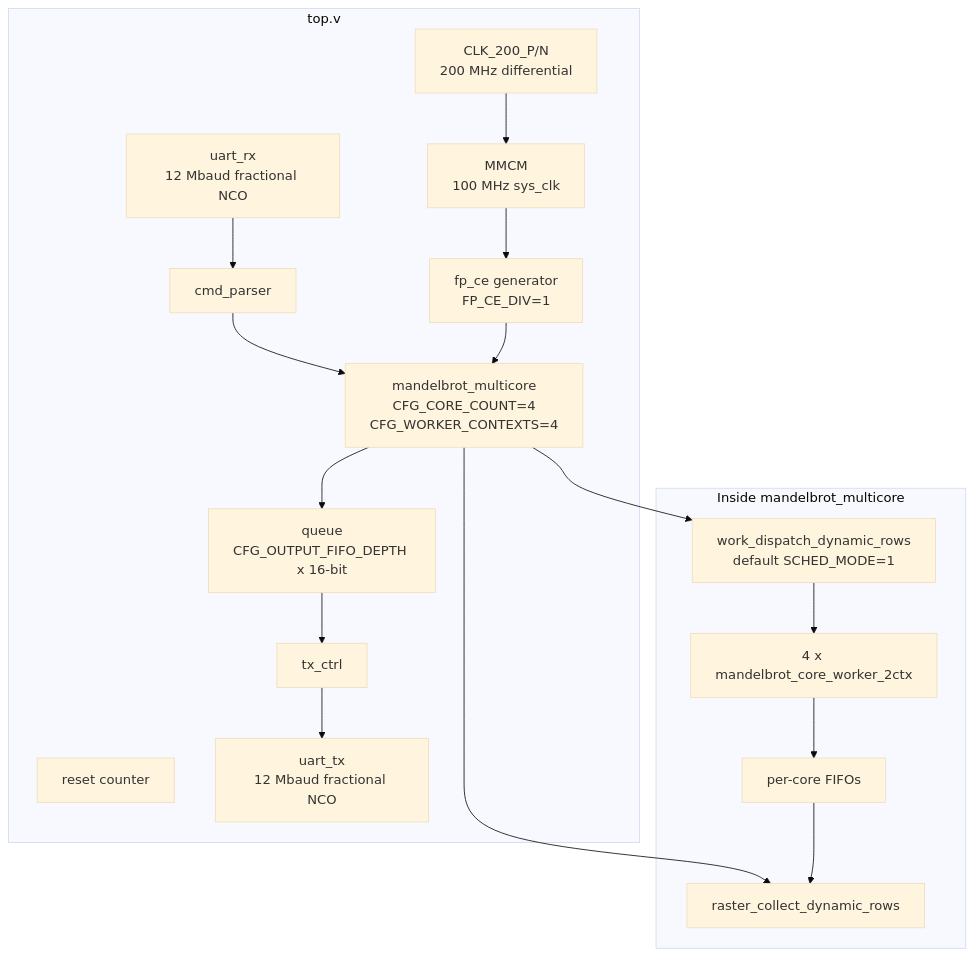
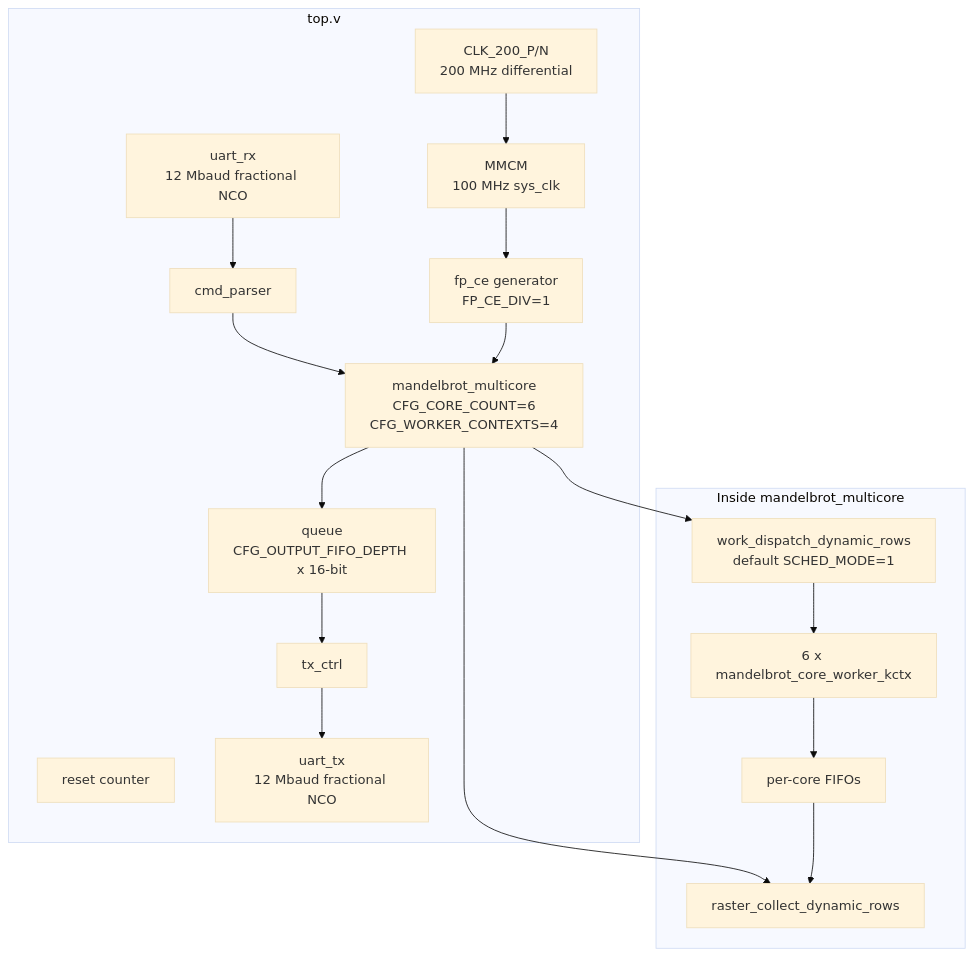
Before and after one commit to RESBI/FPGA-Mandelbrot-Demo: the second of 4 diagrams in README.md, drawn with Mermaid (base theme). The commit also changed other lines of this file and 12 other files, not shown here.

````diff
--- a/README.md
+++ b/README.md
@@ -134,30 +136,30 @@
 ```mermaid
 flowchart TB
     subgraph TOP[top.v]
         CLK[CLK_200_P/N<br/>200 MHz differential] --> MMCM[MMCM<br/>100 MHz sys_clk]
         MMCM --> CE[fp_ce generator<br/>FP_CE_DIV=1]
         RST[reset counter]
 
         URX[uart_rx<br/>12 Mbaud fractional NCO]
         UTX[uart_tx<br/>12 Mbaud fractional NCO]
         CMD[cmd_parser]
-        CORE[mandelbrot_multicore<br/>CFG_CORE_COUNT=4<br/>CFG_WORKER_CONTEXTS=4]
+        CORE[mandelbrot_multicore<br/>CFG_CORE_COUNT=6<br/>CFG_WORKER_CONTEXTS=4]
         FIFO[queue<br/>CFG_OUTPUT_FIFO_DEPTH x 16-bit]
         TXC[tx_ctrl]
 
         URX --> CMD
         CMD --> CORE
         CE --> CORE
         CORE --> FIFO
         FIFO --> TXC
         TXC --> UTX
     end
 
     subgraph MC[Inside mandelbrot_multicore]
         CORE --> DISP[work_dispatch_dynamic_rows<br/>default SCHED_MODE=1]
         CORE --> MERGE[raster_collect_dynamic_rows]
-        DISP --> WORKERS[4 x mandelbrot_core_worker_2ctx]
+        DISP --> WORKERS[6 x mandelbrot_core_worker_kctx]
         WORKERS --> CFIFO[per-core FIFOs]
         CFIFO --> MERGE
     end
 ```
````
